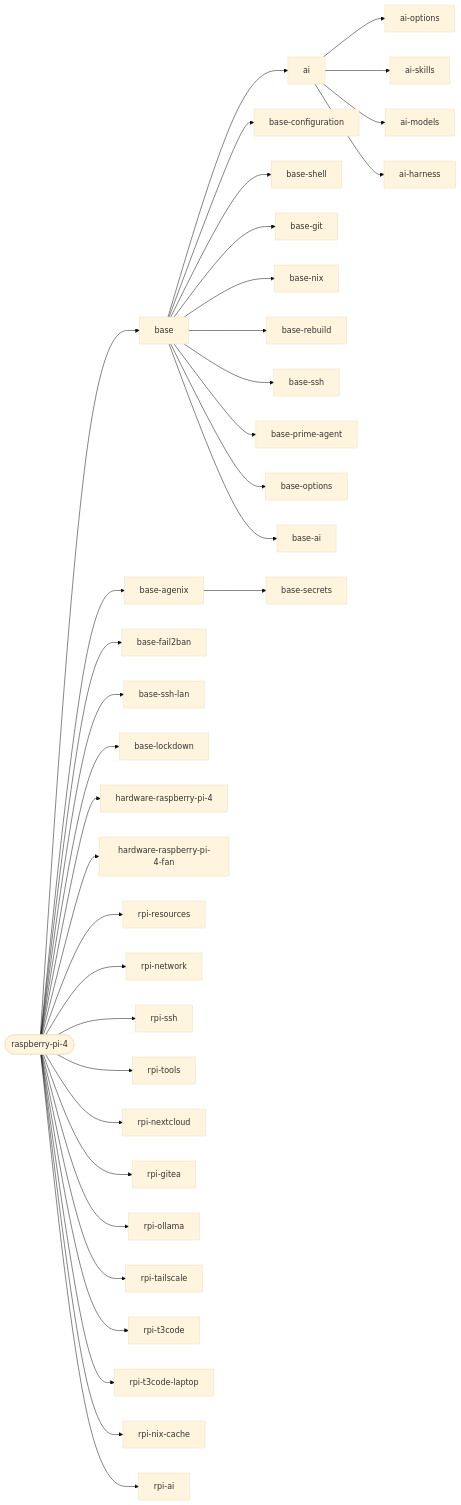
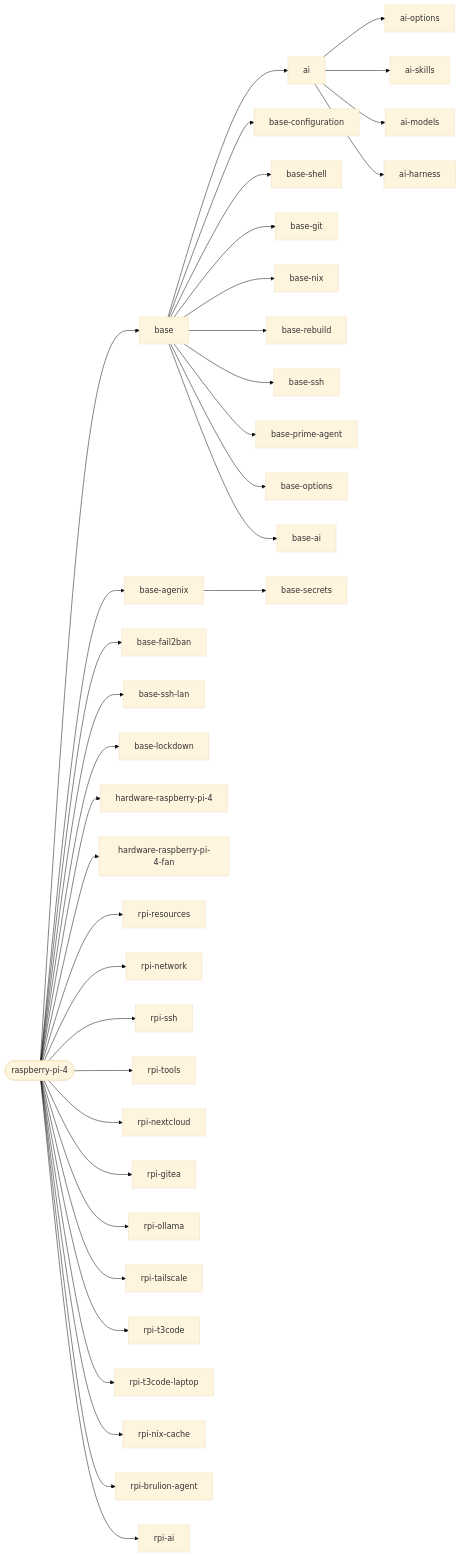
One commit to janusz-bit/nixos changed the second of 3 diagrams in docs/reference/hosts.md. Above: the diagram before and after it, drawn with Mermaid (base theme). The commit also changed other lines of this file and 5 other files, not shown here.

Commit message:
rpi: brulion agents for the phone (services.brulion-acp behind Tailscale Serve :8790), brulion 0.27.0

````diff
--- a/docs/reference/hosts.md
+++ b/docs/reference/hosts.md
@@ -136,38 +136,39 @@
 ```mermaid
 flowchart LR
   host_raspberry_pi_4([raspberry-pi-4])
   host_raspberry_pi_4 --> base[base]
   host_raspberry_pi_4 --> base_agenix[base-agenix]
   host_raspberry_pi_4 --> base_fail2ban[base-fail2ban]
   host_raspberry_pi_4 --> base_ssh_lan[base-ssh-lan]
   host_raspberry_pi_4 --> base_lockdown[base-lockdown]
   host_raspberry_pi_4 --> hardware_raspberry_pi_4[hardware-raspberry-pi-4]
   host_raspberry_pi_4 --> hardware_raspberry_pi_4_fan[hardware-raspberry-pi-4-fan]
   host_raspberry_pi_4 --> rpi_resources[rpi-resources]
   host_raspberry_pi_4 --> rpi_network[rpi-network]
   host_raspberry_pi_4 --> rpi_ssh[rpi-ssh]
   host_raspberry_pi_4 --> rpi_tools[rpi-tools]
   host_raspberry_pi_4 --> rpi_nextcloud[rpi-nextcloud]
   host_raspberry_pi_4 --> rpi_gitea[rpi-gitea]
   host_raspberry_pi_4 --> rpi_ollama[rpi-ollama]
   host_raspberry_pi_4 --> rpi_tailscale[rpi-tailscale]
   host_raspberry_pi_4 --> rpi_t3code[rpi-t3code]
   host_raspberry_pi_4 --> rpi_t3code_laptop[rpi-t3code-laptop]
   host_raspberry_pi_4 --> rpi_nix_cache[rpi-nix-cache]
+  host_raspberry_pi_4 --> rpi_brulion_agent[rpi-brulion-agent]
   host_raspberry_pi_4 --> rpi_ai[rpi-ai]
   ai --> ai_options[ai-options]
   ai --> ai_skills[ai-skills]
   ai --> ai_models[ai-models]
   ai --> ai_harness[ai-harness]
   base --> base_configuration[base-configuration]
   base --> base_shell[base-shell]
   base --> base_git[base-git]
   base --> base_nix[base-nix]
   base --> base_rebuild[base-rebuild]
   base --> base_ssh[base-ssh]
   base --> base_prime_agent[base-prime-agent]
   base --> base_options[base-options]
   base --> ai[ai]
   base --> base_ai[base-ai]
   base_agenix --> base_secrets[base-secrets]
 ```
````
